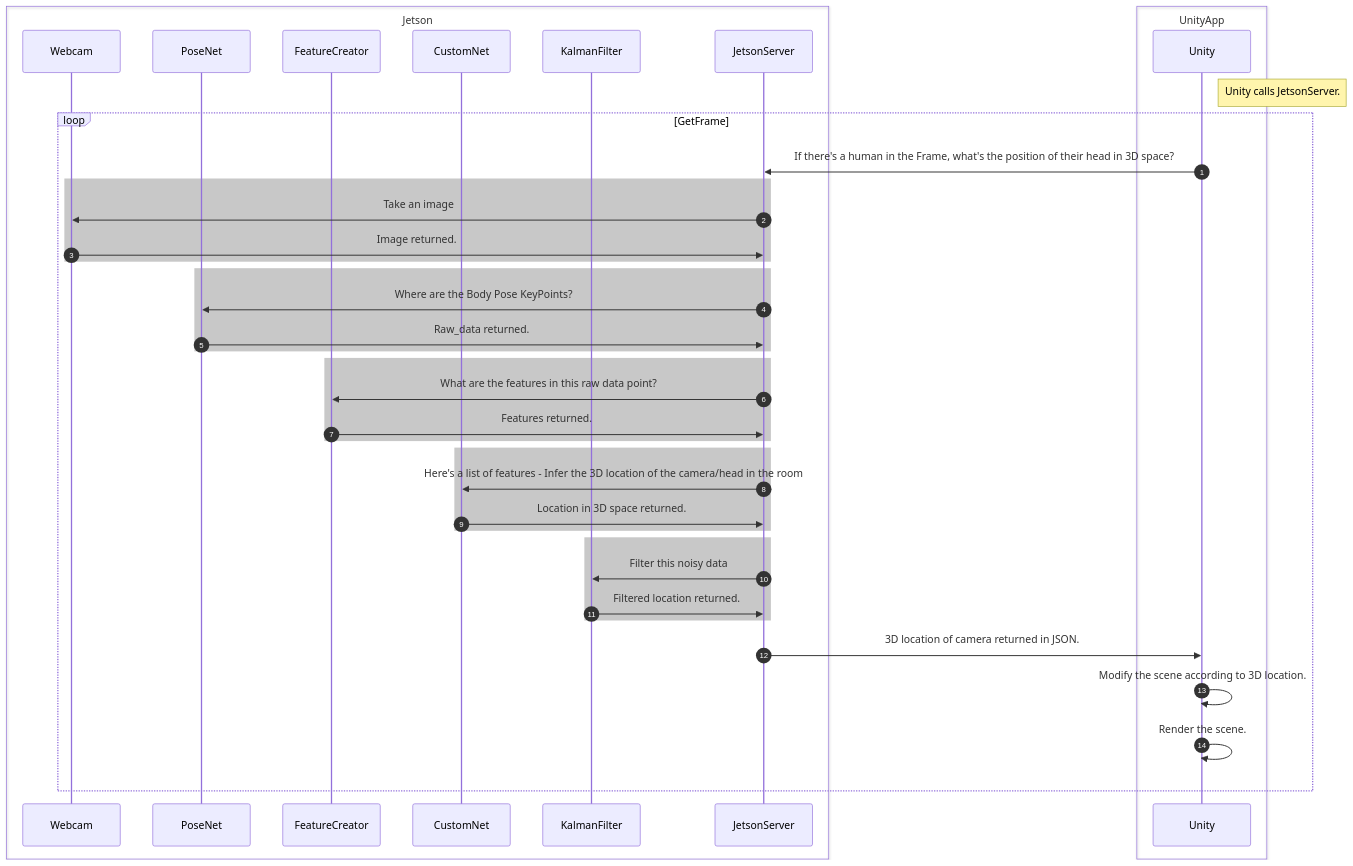
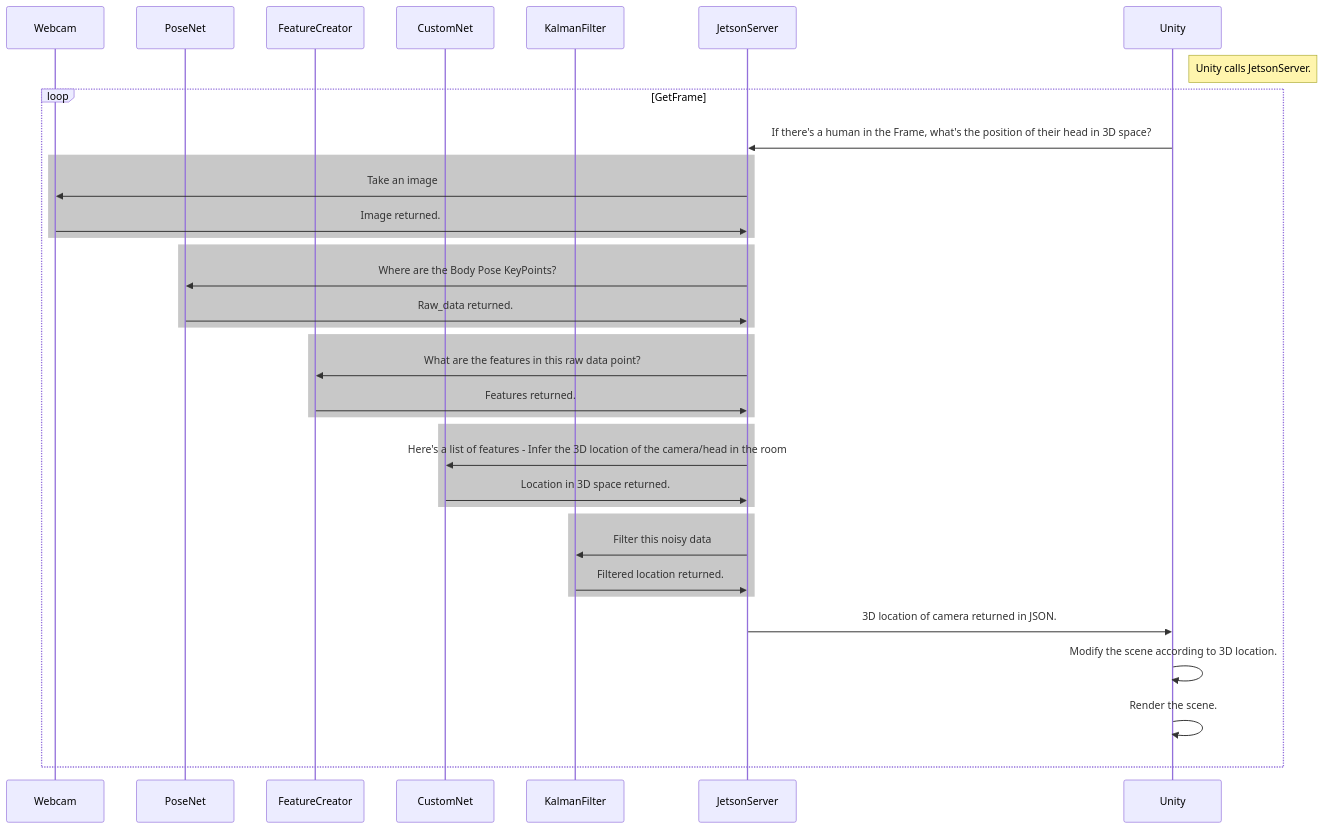
One commit to eyast/eyast.github.io changed the diagram in _projects/3D_Display.md. Above: the diagram before and after it, drawn with Mermaid.

Commit message:
removed boxes

```diff
--- a/_projects/3D_Display.md
+++ b/_projects/3D_Display.md
@@ -31,42 +31,37 @@
 {% mermaid %}
 sequenceDiagram
-    box Jetson
     participant Webcam
     participant PoseNet
     participant FeatureCreator
     participant CustomNet
     participant KalmanFilter
     participant JetsonServer
-    end
-    box UnityApp
     participant Unity
-    end
-    autonumber
     note right of Unity: Unity calls JetsonServer.
     loop GetFrame
         Unity->>JetsonServer:If there's a human in the Frame, what's the position of their head in 3D space?
         rect rgb(200, 200, 200)
         JetsonServer->>Webcam: Take an image
         Webcam->> JetsonServer: Image returned.
         end
         rect rgb(200, 200, 200)
         JetsonServer->>PoseNet: Where are the Body Pose KeyPoints?
         PoseNet->>JetsonServer: Raw_data returned.
         end
         rect rgb(200, 200, 200)
         JetsonServer->>FeatureCreator: What are the features in this raw data point?
         FeatureCreator->>JetsonServer: Features returned.
         end
         rect rgb(200, 200, 200)
         JetsonServer->>CustomNet: Here's a list of features - Infer the 3D location of the camera/head in the room
         CustomNet->>JetsonServer: Location in 3D space returned.
         end
         rect rgb(200, 200, 200)
         JetsonServer->>KalmanFilter: Filter this noisy data
         KalmanFilter->>JetsonServer: Filtered location returned.
         end
         JetsonServer->>Unity: 3D location of camera returned in JSON.
         Unity->>Unity: Modify the scene according to 3D location.
         Unity->>Unity: Render the scene.
     end
 {% endmermaid %}
```
